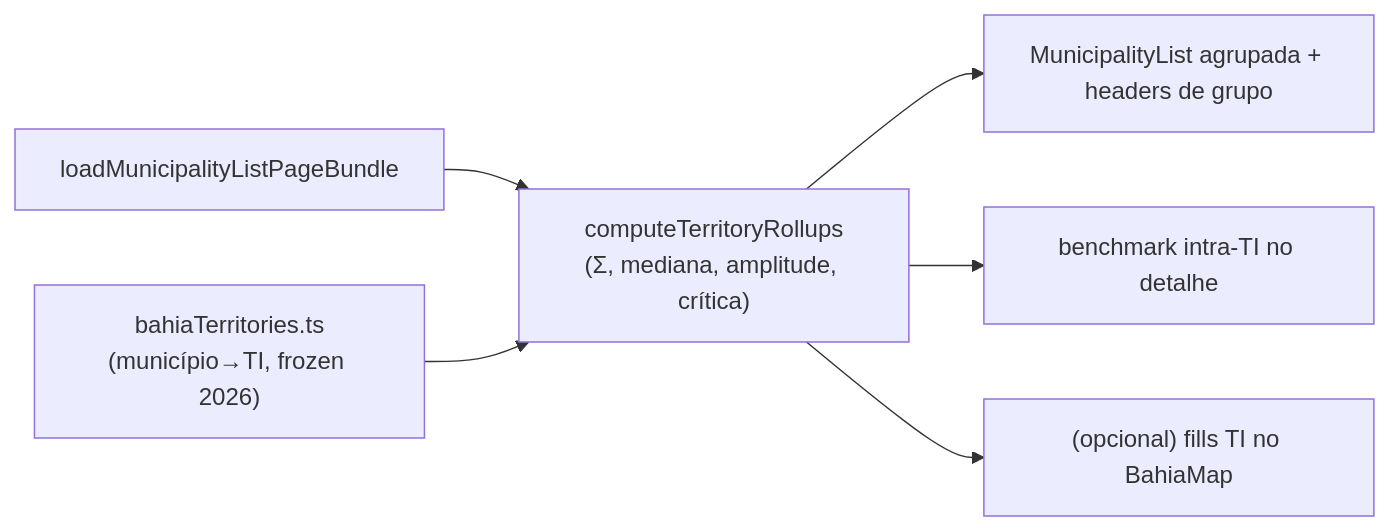
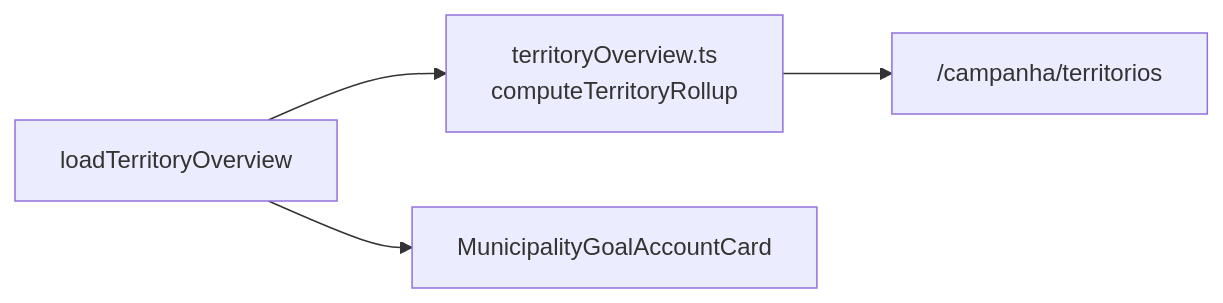
One commit to fsolla/teqo changed the diagram in docs/plans/camada-territorios-identidade.md. Above: the diagram before and after it, drawn with Mermaid. The commit also changed other lines of this file and 20 other files, not shown here.

First line of the commit message:
E12: camada TI com rollups MAUP e benchmark intra-TI.

````diff
--- a/docs/plans/camada-territorios-identidade.md
+++ b/docs/plans/camada-territorios-identidade.md
@@ -48,14 +51,10 @@
 ```mermaid
 flowchart LR
-    Bundle["loadMunicipalityListPageBundle"]
-    Terr["bahiaTerritories.ts<br/>(município→TI, frozen 2026)"]
-    Roll["computeTerritoryRollups<br/>(Σ, mediana, amplitude, crítica)"]
-    List["MunicipalityList agrupada + headers de grupo"]
-    Detail["benchmark intra-TI no detalhe"]
-    Map["(opcional) fills TI no BahiaMap"]
-    Bundle --> Roll
-    Terr --> Roll
-    Roll --> List
-    Roll --> Detail
-    Roll --> Map
+    Loader["loadTerritoryOverview"]
+    Terr["territoryOverview.ts<br/>computeTerritoryRollup"]
+    Page["/campanha/territorios"]
+    Detail["MunicipalityGoalAccountCard"]
+    Loader --> Terr
+    Terr --> Page
+    Loader --> Detail
 ```
````
